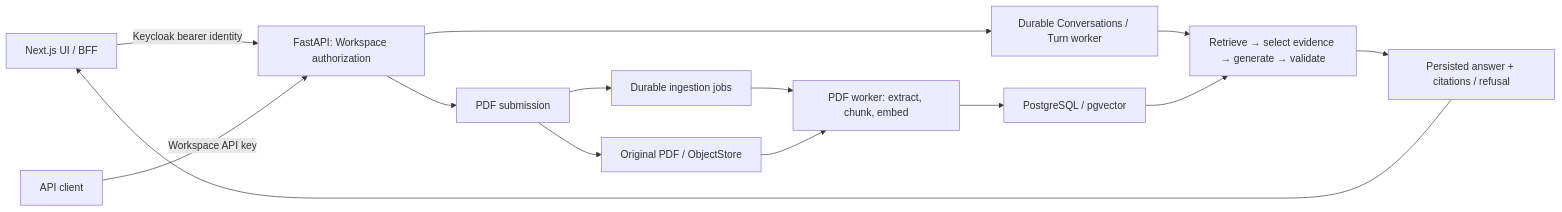
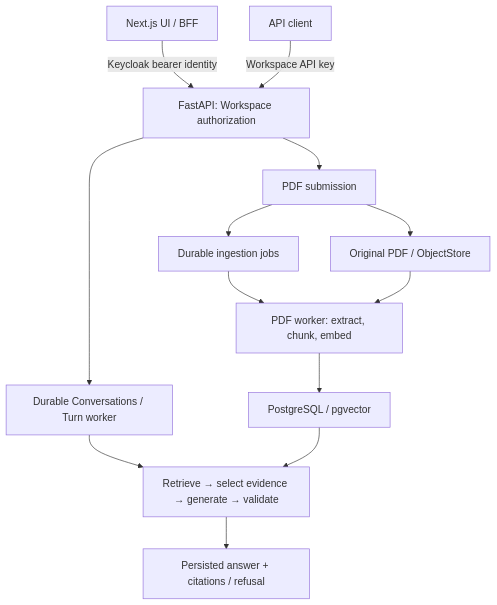
One commit to NhiBuaa/knora-agent changed the diagram in README.md. Above: the diagram before and after it, drawn with Mermaid. The commit also changed other lines of this file, not shown here.

````diff
--- a/README.md
+++ b/README.md
@@ -60,16 +82,15 @@
 ```mermaid
-flowchart LR
+flowchart TB
     Browser["Next.js UI / BFF"] -->|"Keycloak bearer identity"| API["FastAPI: Workspace authorization"]
     Client["API client"] -->|"Workspace API key"| API
     API --> Upload["PDF submission"]
     Upload --> Objects["Original PDF / ObjectStore"]
     Upload --> Jobs["Durable ingestion jobs"]
     Jobs --> Worker["PDF worker: extract, chunk, embed"]
     Objects --> Worker
     Worker --> DB["PostgreSQL / pgvector"]
     API --> Turns["Durable Conversations / Turn worker"]
     Turns --> Answer["Retrieve → select evidence → generate → validate"]
     DB --> Answer
     Answer --> Result["Persisted answer + citations / refusal"]
-    Result --> Browser
 ```
````
